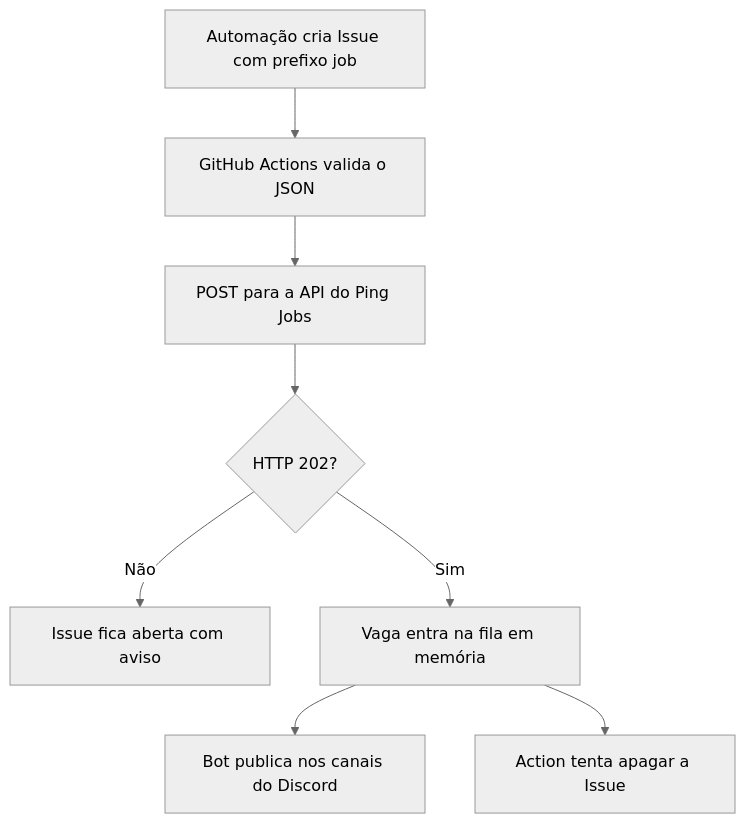
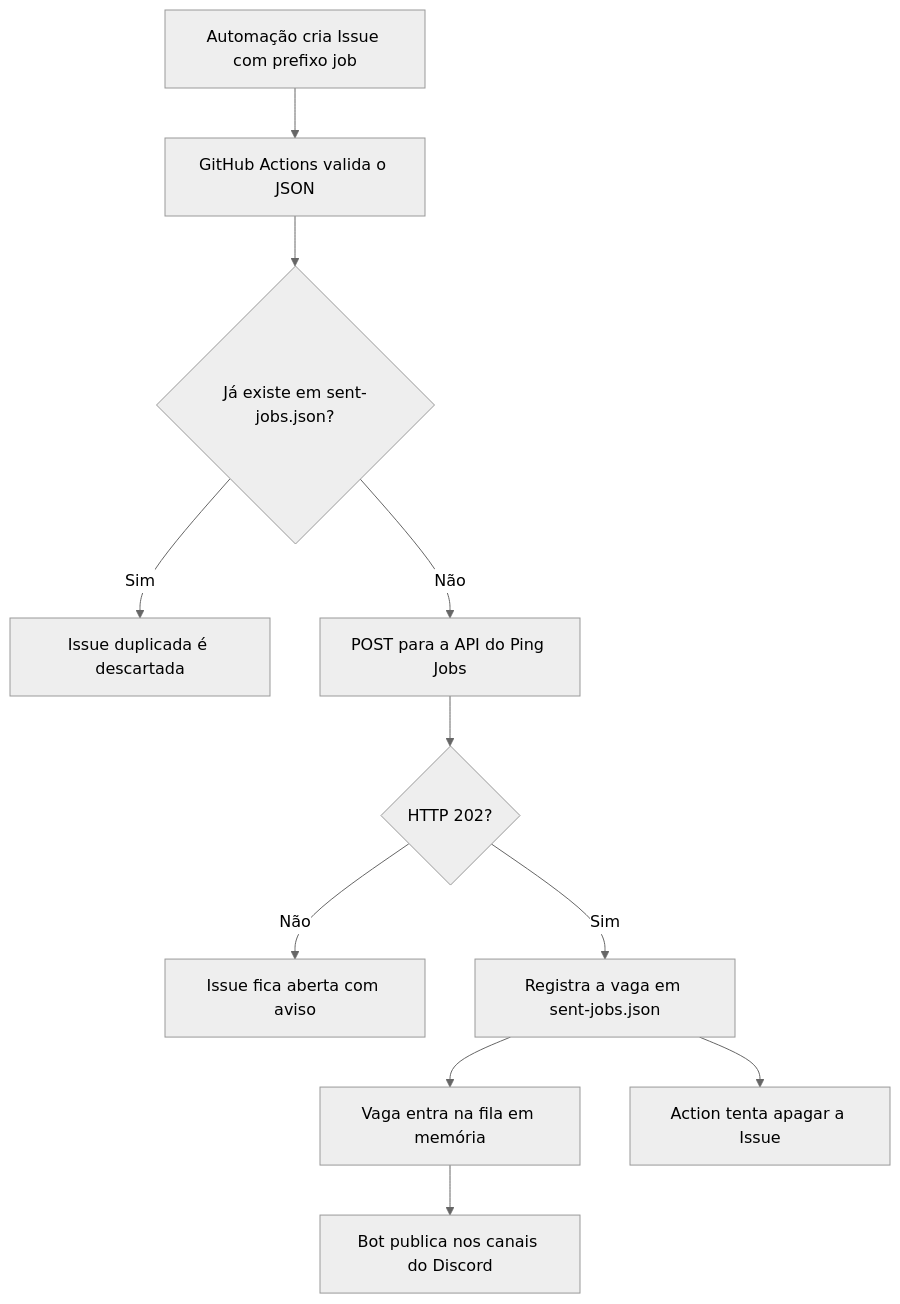
The diagram in readme.md (Zelchi/ping-jobs), drawn with Mermaid (neutral theme) before and after one commit. The commit also changed other lines of this file, not shown here.

````diff
--- a/readme.md
+++ b/readme.md
@@ -24,10 +24,13 @@
 ```mermaid
 flowchart TD
     A[Automação cria Issue com prefixo job] --> B[GitHub Actions valida o JSON]
-    B --> C[POST para a API do Ping Jobs]
-    C --> D{HTTP 202?}
-    D -- Não --> E[Issue fica aberta com aviso]
-    D -- Sim --> F[Vaga entra na fila em memória]
-    F --> G[Bot publica nos canais do Discord]
-    F --> H[Action tenta apagar a Issue]
+    B --> C{Já existe em sent-jobs.json?}
+    C -- Sim --> D[Issue duplicada é descartada]
+    C -- Não --> E[POST para a API do Ping Jobs]
+    E --> F{HTTP 202?}
+    F -- Não --> G[Issue fica aberta com aviso]
+    F -- Sim --> H[Registra a vaga em sent-jobs.json]
+    H --> I[Vaga entra na fila em memória]
+    I --> J[Bot publica nos canais do Discord]
+    H --> K[Action tenta apagar a Issue]
 ```
````
